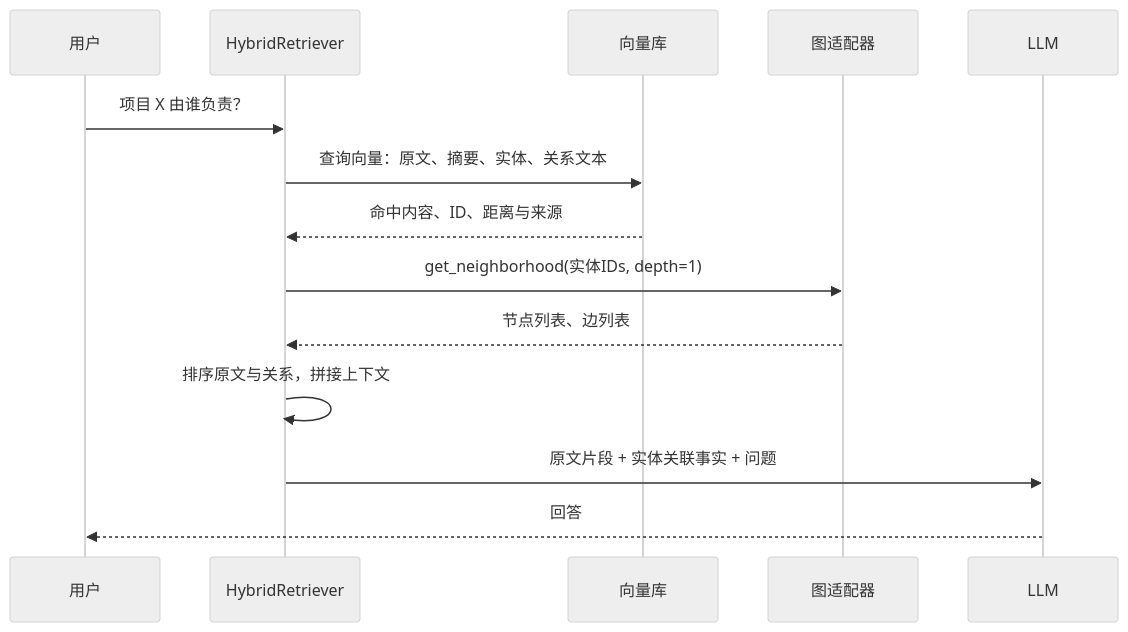
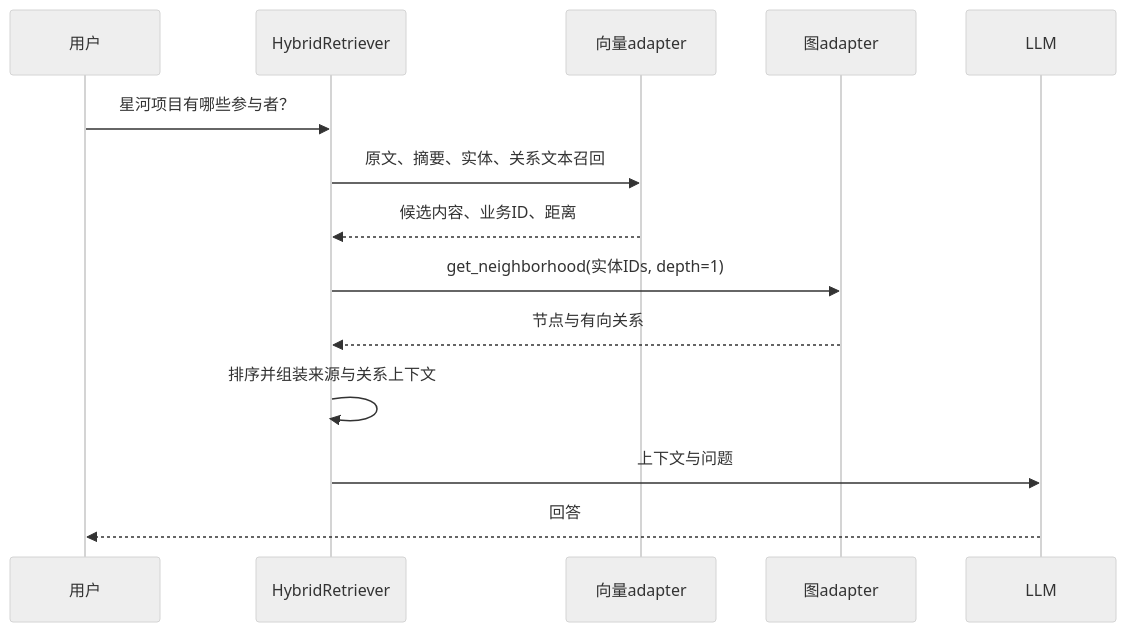
Before and after one commit to stefanv5/memory-platform-architecture: the second of 7 diagrams in docs/cognee/graph-storage-postgres-analysis.md, drawn with Mermaid (neutral theme). The commit also changed other lines of this file and 8 other files, not shown here.

Commit message:
docs(cognee): consolidate graph backend analysis and tenant risks

````diff
--- a/docs/cognee/graph-storage-postgres-analysis.md
+++ b/docs/cognee/graph-storage-postgres-analysis.md
@@ -124,16 +57,16 @@
 ```mermaid
 sequenceDiagram
-  participant U as 用户
-  participant R as HybridRetriever
-  participant V as 向量库
-  participant G as 图适配器
-  participant L as LLM
-  U->>R: 项目 X 由谁负责？
-  R->>V: 查询向量：原文、摘要、实体、关系文本
-  V-->>R: 命中内容、ID、距离与来源
-  R->>G: get_neighborhood(实体IDs, depth=1)
-  G-->>R: 节点列表、边列表
-  R->>R: 排序原文与关系，拼接上下文
-  R->>L: 原文片段 + 实体关联事实 + 问题
-  L-->>U: 回答
+ participant U as 用户
+ participant R as HybridRetriever
+ participant V as 向量adapter
+ participant G as 图adapter
+ participant L as LLM
+ U->>R: 星河项目有哪些参与者？
+ R->>V: 原文、摘要、实体、关系文本召回
+ V-->>R: 候选内容、业务ID、距离
+ R->>G: get_neighborhood(实体IDs, depth=1)
+ G-->>R: 节点与有向关系
+ R->>R: 排序并组装来源与关系上下文
+ R->>L: 上下文与问题
+ L-->>U: 回答
 ```
````
